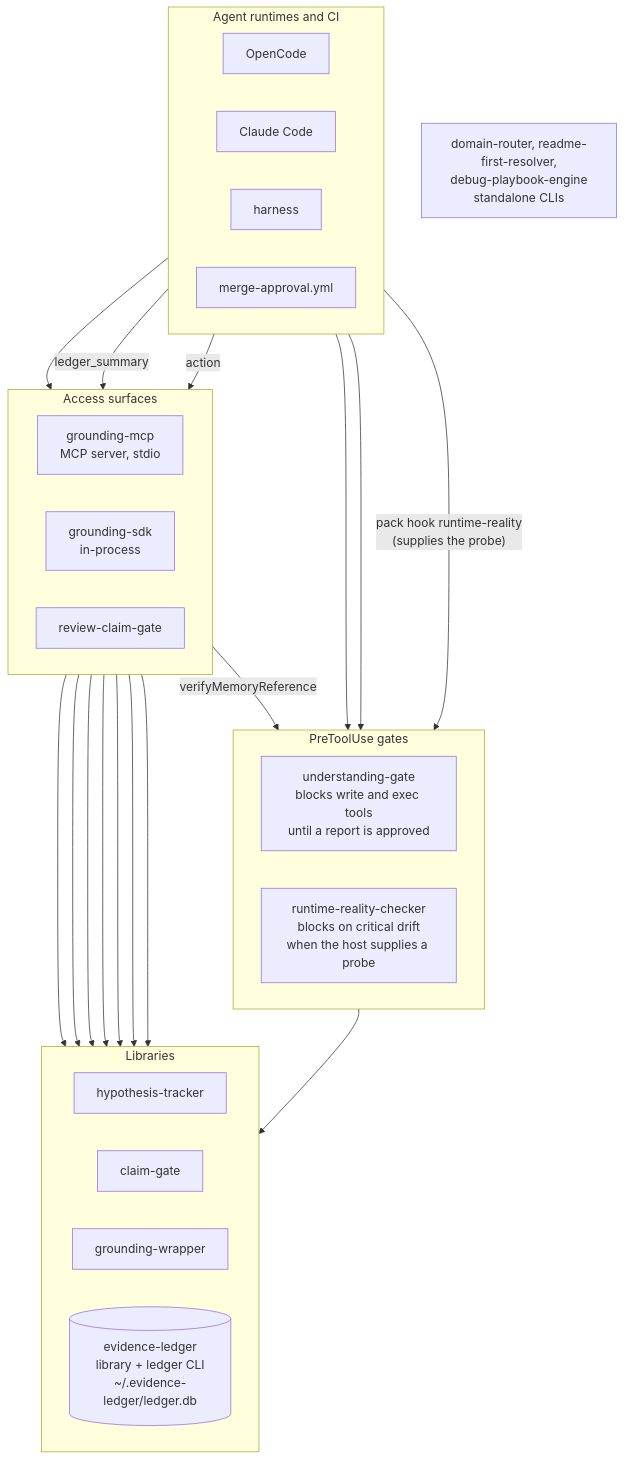
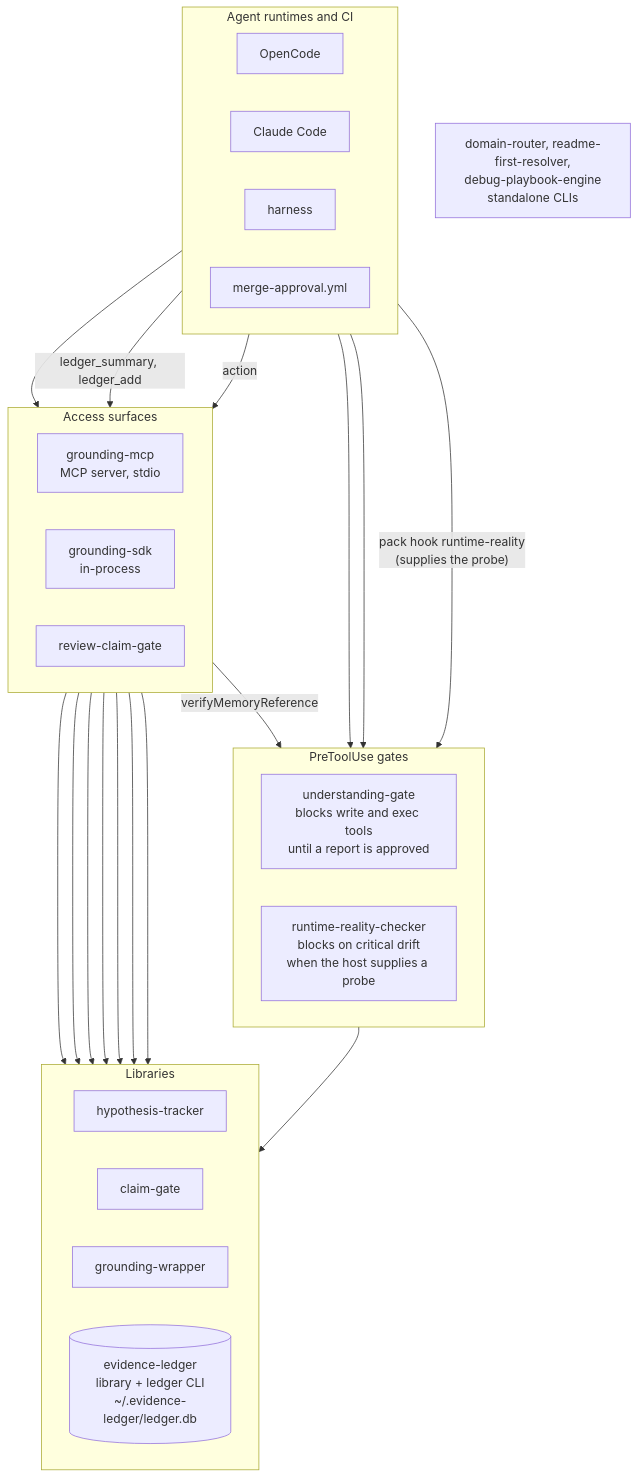
Before and after one commit to LanNguyenSi/agent-grounding: the diagram in docs/architecture.md, drawn with Mermaid. The commit also changed 11 other files, not shown here.

````diff
--- a/docs/architecture.md
+++ b/docs/architecture.md
@@ -7,49 +7,49 @@
 ```mermaid
 flowchart TD
     subgraph callers["Agent runtimes and CI"]
         direction LR
         oc["OpenCode"]
         cc["Claude Code"]
         hn["harness"]
         ci["merge-approval.yml"]
     end
 
     subgraph gates["PreToolUse gates"]
         direction LR
         ug["understanding-gate<br/>blocks write and exec tools<br/>until a report is approved"]
         rrc["runtime-reality-checker<br/>blocks on critical drift<br/>when the host supplies a probe"]
     end
 
     subgraph surfaces["Access surfaces"]
         direction LR
         mcp["grounding-mcp<br/>MCP server, stdio"]
         sdk["grounding-sdk<br/>in-process"]
         rcg["review-claim-gate"]
     end
 
     subgraph libs["Libraries"]
         direction LR
         ht["hypothesis-tracker"]
         cg["claim-gate"]
         gw["grounding-wrapper"]
         el[("evidence-ledger<br/>library + ledger CLI<br/>~/.evidence-ledger/ledger.db")]
     end
 
     planners["domain-router, readme-first-resolver,<br/>debug-playbook-engine<br/>standalone CLIs"]
 
     cc --> ug
     oc --> ug
     cc --> mcp
     hn -- "pack hook runtime-reality<br/>(supplies the probe)" --> rrc
-    hn -- ledger_summary --> mcp
+    hn -- "ledger_summary, ledger_add" --> mcp
     ci -- action --> rcg
     ug --> ht
     mcp --> gw
     mcp --> el
     mcp --> cg
     mcp --> ht
     mcp -- verifyMemoryReference --> rrc
     sdk --> cg
     sdk --> ht
     rcg --> el
 ```
````
